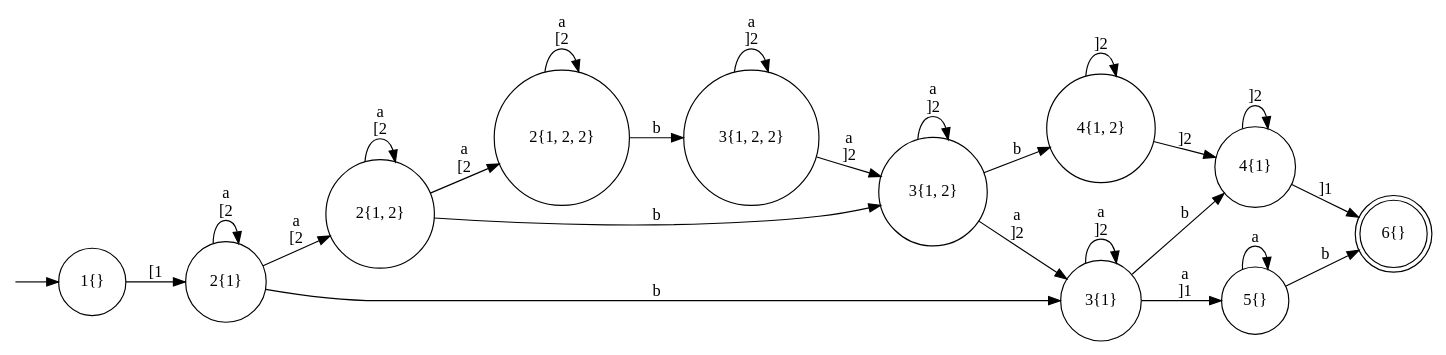
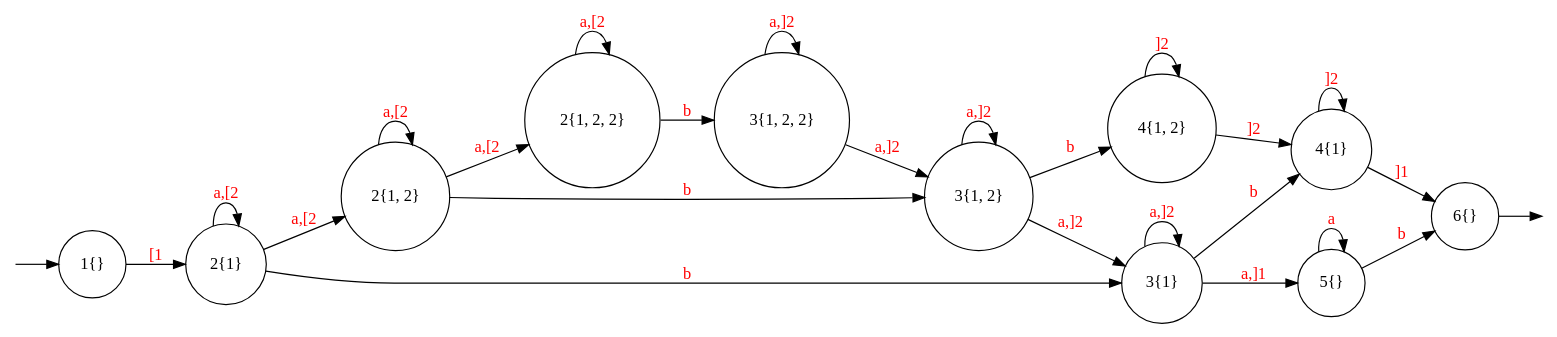
The diagram in text/graphs/normal_example_2_normal.dot (0Marble/lgraphs), drawn with Graphviz before and after one commit. The commit also changed 26 other files, not shown here.

Commit message:
changed graph images to svg

```diff
--- a/text/graphs/normal_example_2_normal.dot
+++ b/text/graphs/normal_example_2_normal.dot
@@ -1,46 +1,32 @@
 digraph {
         node [shape=circle];
         Q0 [style=invisible, height=0, width=0, fixedsize=true];
+        Q1 [style=invisible, height=0, width=0, fixedsize=true];
         rankdir = "LR";
 
-        "1{}" [start=true];
         Q0 -> "1{}";
-
-        "6{}" [end=true,shape=doublecircle];
-
-        "2{1, 2, 2}";
-        "3{1, 2, 2}";
-        "3{1, 2}";
-        "2{1, 2}";
-        "6{}";
-        "4{1, 2}";
-        "5{}";
-        "1{}";
-        "2{1}";
-        "3{1}";
-        "4{1}";
-
-        "2{1}" -> "2{1, 2}" [item="a[2", label="a\n[2"];
-        "4{1, 2}" -> "4{1}" [item="]2", label="]2"];
-        "2{1, 2}" -> "2{1, 2, 2}" [item="a[2", label="a\n[2"];
-        "3{1, 2, 2}" -> "3{1, 2}" [item="a]2", label="a\n]2"];
-        "5{}" -> "6{}" [item="b", label="b"];
-        "2{1}" -> "3{1}" [item="b", label="b"];
-        "3{1, 2}" -> "4{1, 2}" [item="b", label="b"];
-        "1{}" -> "2{1}" [item="[1", label="[1"];
-        "3{1, 2}" -> "3{1}" [item="a]2", label="a\n]2"];
-        "5{}" -> "5{}" [item="a", label="a"];
-        "4{1}" -> "6{}" [item="]1", label="]1"];
-        "2{1, 2, 2}" -> "3{1, 2, 2}" [item="b", label="b"];
-        "3{1}" -> "4{1}" [item="b", label="b"];
-        "3{1}" -> "5{}" [item="a]1", label="a\n]1"];
-        "2{1, 2}" -> "3{1, 2}" [item="b", label="b"];
-        "2{1}" -> "2{1}" [item="a[2", label="a\n[2"];
-        "4{1}" -> "4{1}" [item="]2", label="]2"];
-        "2{1, 2}" -> "2{1, 2}" [item="a[2", label="a\n[2"];
-        "4{1, 2}" -> "4{1, 2}" [item="]2", label="]2"];
-        "3{1}" -> "3{1}" [item="a]2", label="a\n]2"];
-        "3{1, 2}" -> "3{1, 2}" [item="a]2", label="a\n]2"];
-        "2{1, 2, 2}" -> "2{1, 2, 2}" [item="a[2", label="a\n[2"];
-        "3{1, 2, 2}" -> "3{1, 2, 2}" [item="a]2", label="a\n]2"];
+        "6{}" -> Q1;
+        "2{1}" -> "2{1, 2}" [ label="a,[2", fontcolor=red];
+        "4{1, 2}" -> "4{1}" [ label="]2", fontcolor=red];
+        "2{1, 2}" -> "2{1, 2, 2}" [ label="a,[2", fontcolor=red];
+        "3{1, 2, 2}" -> "3{1, 2}" [ label="a,]2", fontcolor=red];
+        "5{}" -> "6{}" [ label="b", fontcolor=red];
+        "2{1}" -> "3{1}" [ label="b", fontcolor=red];
+        "3{1, 2}" -> "4{1, 2}" [ label="b", fontcolor=red];
+        "1{}" -> "2{1}" [ label="[1", fontcolor=red];
+        "3{1, 2}" -> "3{1}" [ label="a,]2", fontcolor=red];
+        "5{}" -> "5{}" [ label="a", fontcolor=red];
+        "4{1}" -> "6{}" [ label="]1", fontcolor=red];
+        "2{1, 2, 2}" -> "3{1, 2, 2}" [ label="b", fontcolor=red];
+        "3{1}" -> "4{1}" [ label="b", fontcolor=red];
+        "3{1}" -> "5{}" [ label="a,]1", fontcolor=red];
+        "2{1, 2}" -> "3{1, 2}" [ label="b", fontcolor=red];
+        "2{1}" -> "2{1}" [ label="a,[2", fontcolor=red];
+        "4{1}" -> "4{1}" [ label="]2", fontcolor=red];
+        "2{1, 2}" -> "2{1, 2}" [ label="a,[2", fontcolor=red];
+        "4{1, 2}" -> "4{1, 2}" [ label="]2", fontcolor=red];
+        "3{1}" -> "3{1}" [ label="a,]2", fontcolor=red];
+        "3{1, 2}" -> "3{1, 2}" [ label="a,]2", fontcolor=red];
+        "2{1, 2, 2}" -> "2{1, 2, 2}" [ label="a,[2", fontcolor=red];
+        "3{1, 2, 2}" -> "3{1, 2, 2}" [ label="a,]2", fontcolor=red];
 }
```
